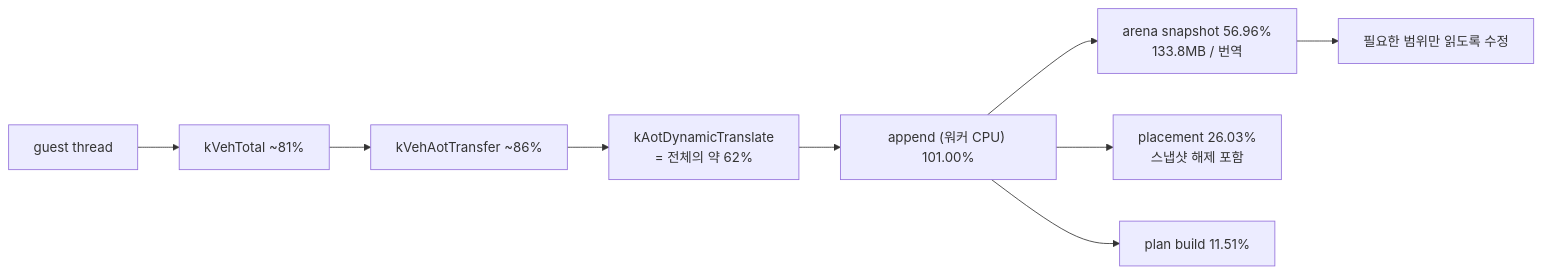
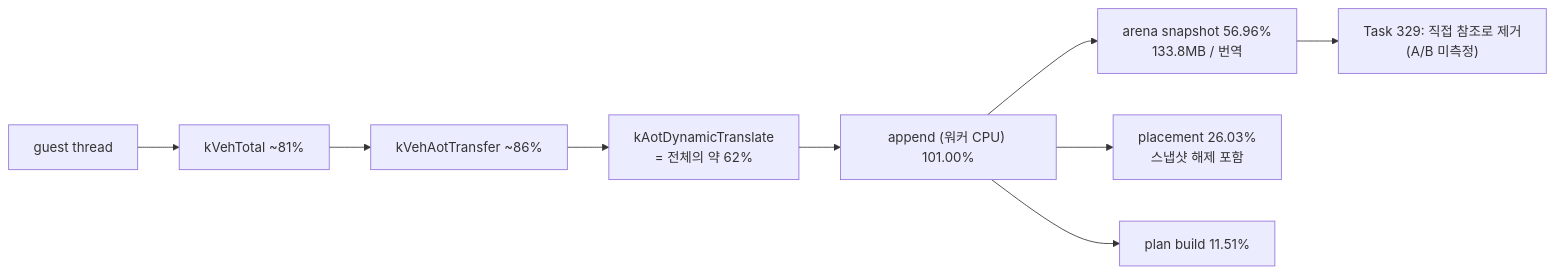
The diagram in docs/analysis/current-execution-frontier.md (nworkers/rePIU), drawn with Mermaid before and after one commit. The commit also changed other lines of this file and 14 other files, not shown here.

````diff
--- a/docs/analysis/current-execution-frontier.md
+++ b/docs/analysis/current-execution-frontier.md
@@ -205,11 +246,11 @@
 ```mermaid
 flowchart LR
     T["guest thread"] --> V["kVehTotal ~81%"]
     V --> A["kVehAotTransfer ~86%"]
     A --> D["kAotDynamicTranslate<br/>= 전체의 약 62%"]
     D --> W["append (워커 CPU) 101.00%"]
     W --> S["arena snapshot 56.96%<br/>133.8MB / 번역"]
     W --> P["placement 26.03%<br/>스냅샷 해제 포함"]
     W --> B["plan build 11.51%"]
-    S --> F["필요한 범위만 읽도록 수정"]
+    S --> F["Task 329: 직접 참조로 제거<br/>(A/B 미측정)"]
 ```
````
